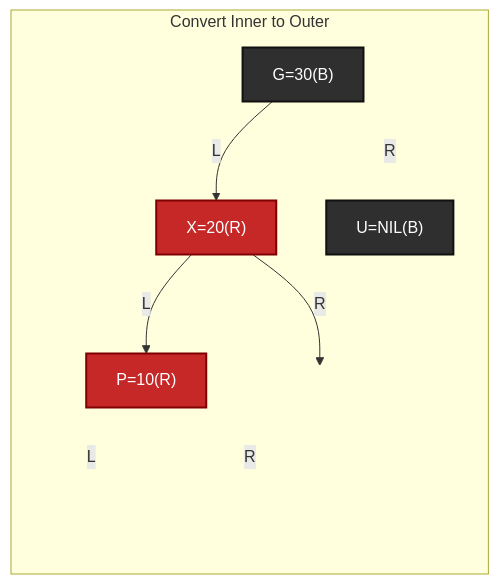
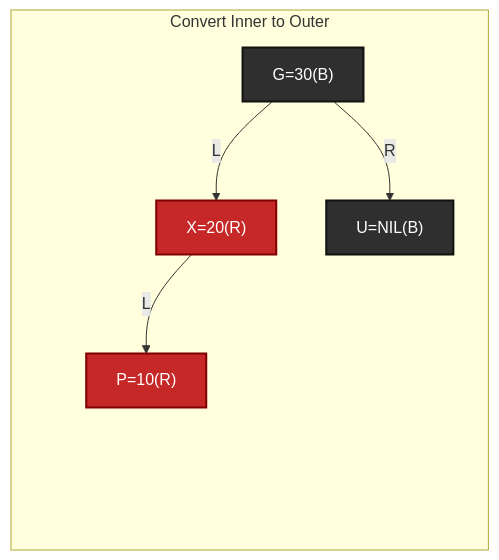
Before and after one commit to FormingSystem/linux_note: diagram 20 of 24 in knowledge/linux/data_structures/红黑树_rb-tree/P35_红黑插入与红红冲突上推.md, drawn with Mermaid. The commit also changed other lines of this file and 5 other files, not shown here.

````diff
--- a/knowledge/linux/data_structures/红黑树_rb-tree/P35_红黑插入与红红冲突上推.md
+++ b/knowledge/linux/data_structures/红黑树_rb-tree/P35_红黑插入与红红冲突上推.md
@@ -1017,33 +1017,33 @@
 ```mermaid
 graph LR
 	subgraph "Convert Inner to Outer"
 		G["G=30(B)"]
 		X["X=20(R)"]
 		U["U=NIL(B)"]
 		P["P=10(R)"]
 		XR[" "]
 		PL[" "]
 		PR[" "]
 	end
 
 	G -->|"L"| X
 	G -->|"R"| U
 
 	X -->|"L"| P
-	X -->|"R"| XR
+	X --> XR
 
-	P -->|"L"| PL
-	P -->|"R"| PR
+	P --> PL
+	P --> PR
 
 	classDef black fill:#2f2f2f,stroke:#111,color:#fff,stroke-width:2px;
 	classDef red fill:#c62828,stroke:#7f0000,color:#fff,stroke-width:2px;
 	classDef ghost fill:transparent,stroke:transparent,color:transparent;
 
 	class G,U black;
 	class X,P red;
 	class XR,PL,PR ghost;
 
-	linkStyle 1 stroke:transparent;
+	linkStyle 3 stroke:transparent;
 	linkStyle 4 stroke:transparent;
 	linkStyle 5 stroke:transparent;
 ```
````
